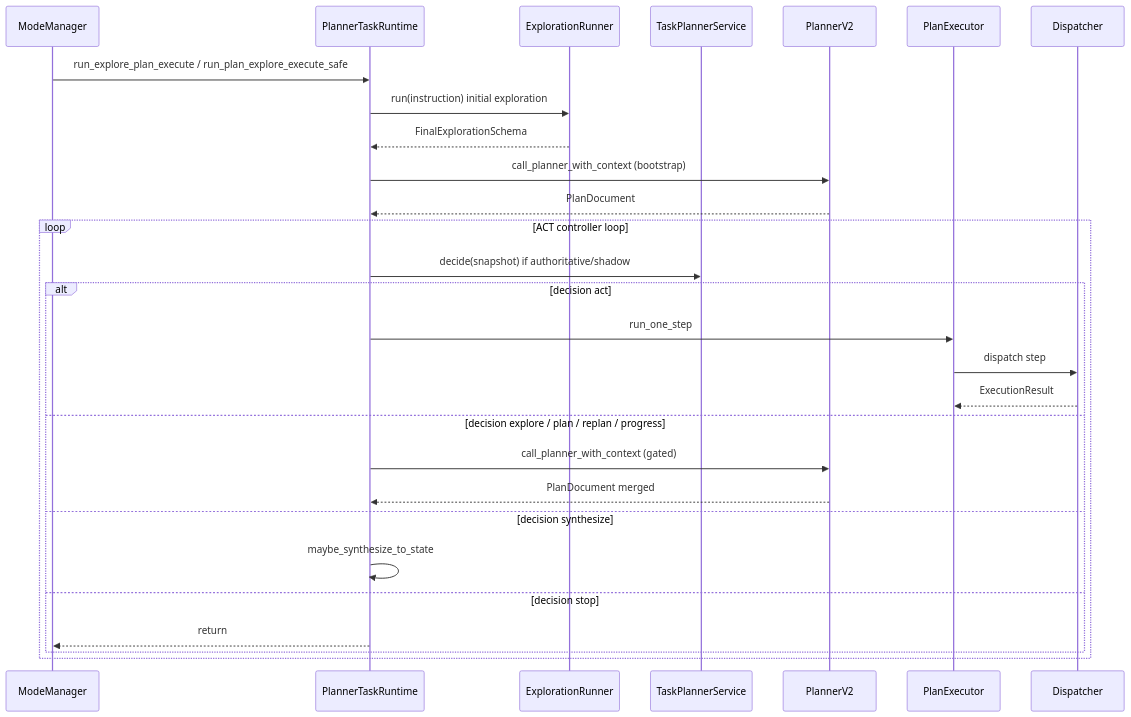
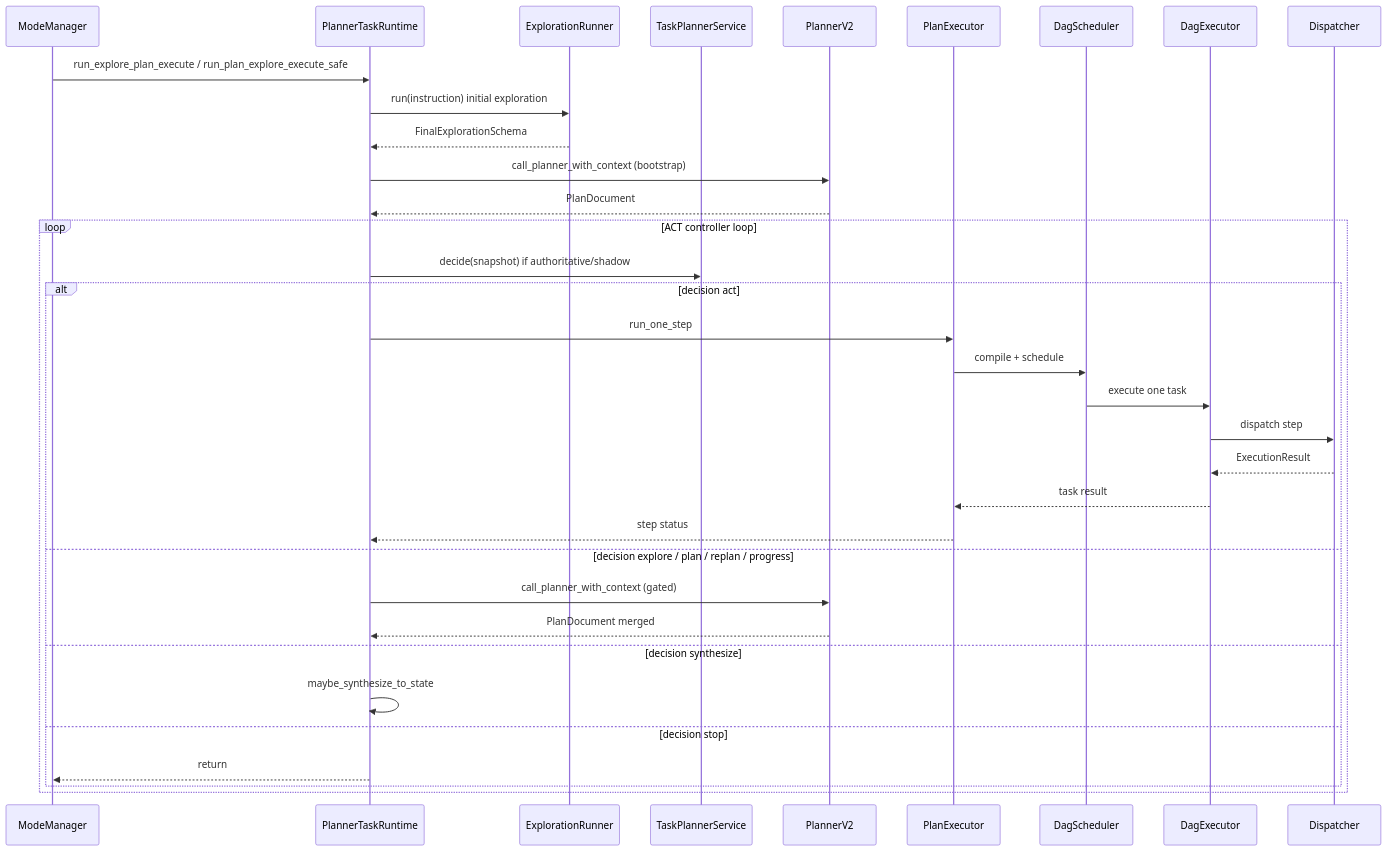
Before and after one commit to Pugsy-Explores/AutoStudio: the first of 2 diagrams in agent_v2/runtime/README.md, drawn with Mermaid. The commit also changed other lines of this file and 5 other files, not shown here.

First line of the commit message:
[Docs] Update architecture documentation for AgentV2 runtime and memory system

````diff
--- a/agent_v2/runtime/README.md
+++ b/agent_v2/runtime/README.md
@@ -33,31 +33,37 @@
 ```mermaid
 sequenceDiagram
   participant MM as ModeManager
   participant PTR as PlannerTaskRuntime
   participant ER as ExplorationRunner
   participant TP as TaskPlannerService
   participant PV2 as PlannerV2
   participant PE as PlanExecutor
+  participant DS as DagScheduler
+  participant DE as DagExecutor
   participant D as Dispatcher
 
   MM->>PTR: run_explore_plan_execute / run_plan_explore_execute_safe
   PTR->>ER: run(instruction) initial exploration
   ER-->>PTR: FinalExplorationSchema
   PTR->>PV2: call_planner_with_context (bootstrap)
   PV2-->>PTR: PlanDocument
   loop ACT controller loop
     PTR->>TP: decide(snapshot) if authoritative/shadow
     alt decision act
       PTR->>PE: run_one_step
-      PE->>D: dispatch step
-      D-->>PE: ExecutionResult
+      PE->>DS: compile + schedule
+      DS->>DE: execute one task
+      DE->>D: dispatch step
+      D-->>DE: ExecutionResult
+      DE-->>PE: task result
+      PE-->>PTR: step status
     else decision explore / plan / replan / progress
       PTR->>PV2: call_planner_with_context (gated)
       PV2-->>PTR: PlanDocument merged
     else decision synthesize
       PTR->>PTR: maybe_synthesize_to_state
     else decision stop
       PTR-->>MM: return
     end
   end
 ```
````
